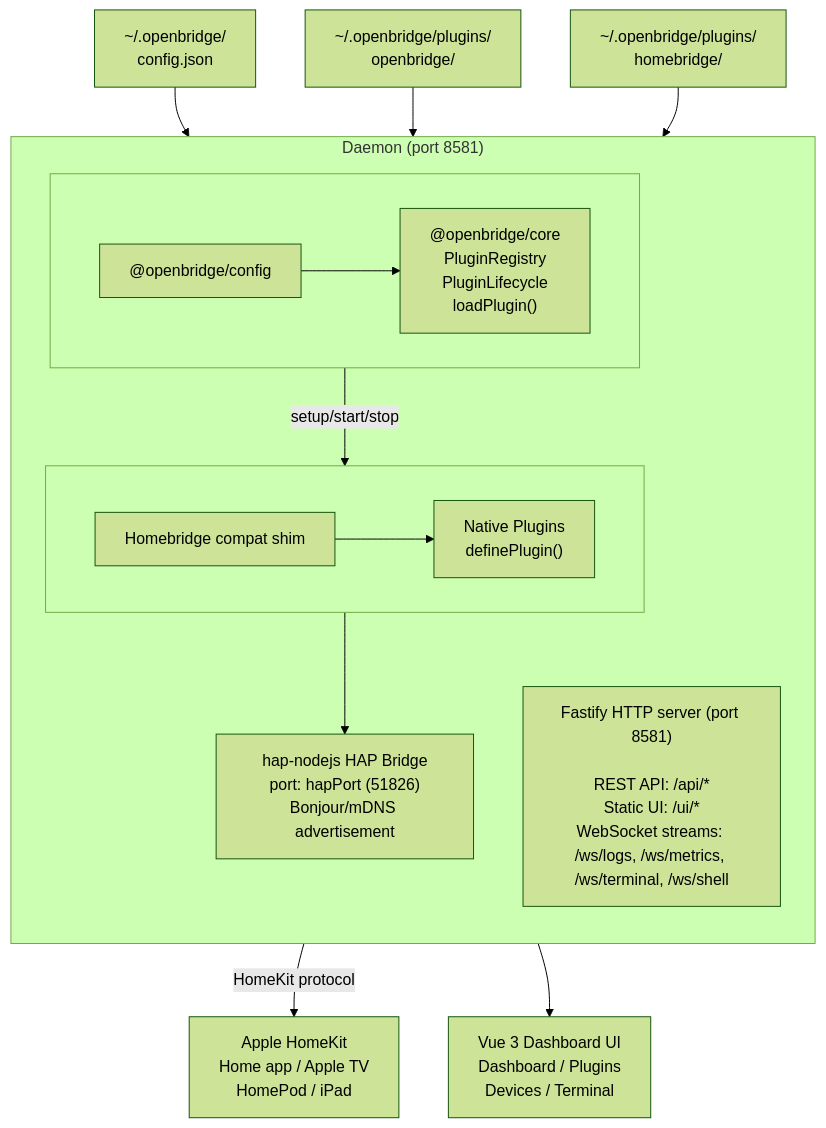
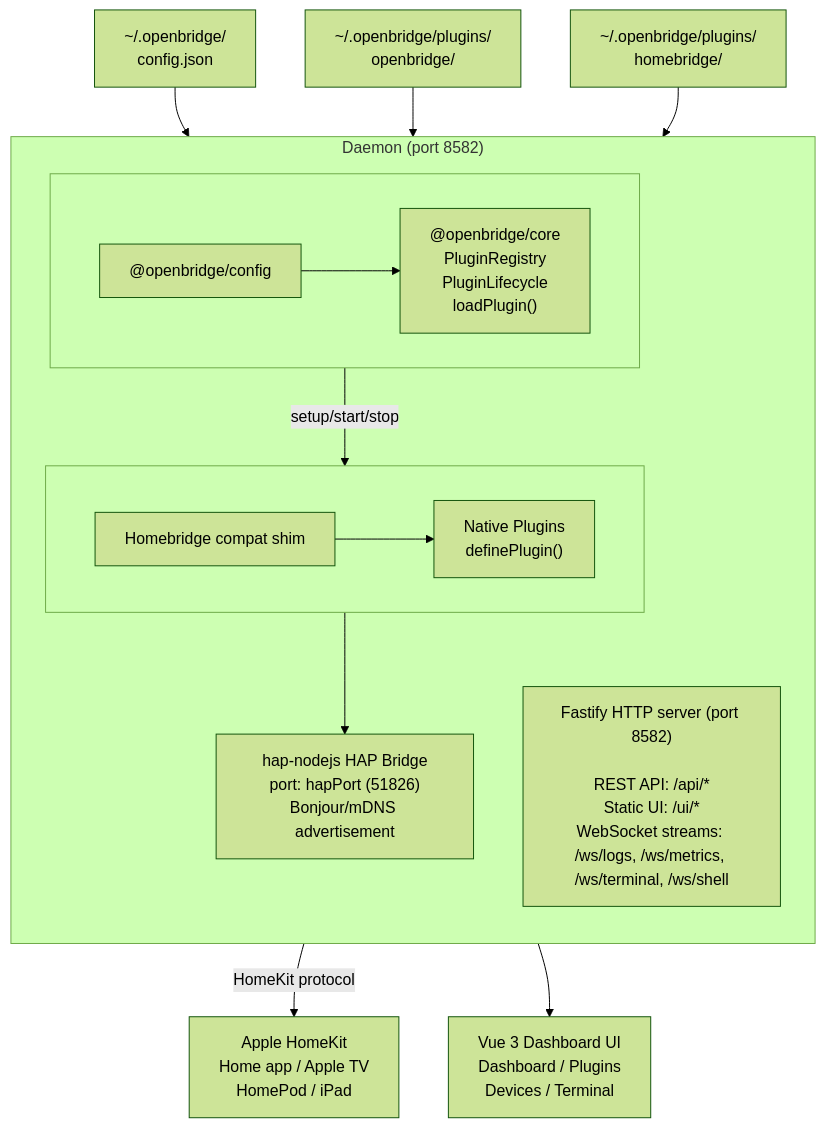
Before and after one commit to nubisco/openbridge: the diagram in apps/docs/docs/guide/architecture.md, drawn with Mermaid (forest theme). The commit also changed 16 other files, not shown here.

````diff
--- a/apps/docs/docs/guide/architecture.md
+++ b/apps/docs/docs/guide/architecture.md
@@ -9,38 +9,38 @@
 ```mermaid
 flowchart TB
   configFile["~/.openbridge/<br/>config.json"]
   pluginsOpenbridge["~/.openbridge/plugins/<br/>openbridge/"]
   pluginsHomebridge["~/.openbridge/plugins/<br/>homebridge/"]
 
-  subgraph daemon["Daemon (port 8581)"]
+  subgraph daemon["Daemon (port 8582)"]
     direction TB
 
     subgraph daemonCoreRow[" "]
       direction LR
       cfg["@openbridge/config"]
       core["@openbridge/core<br/>PluginRegistry<br/>PluginLifecycle<br/>loadPlugin()"]
     end
 
     subgraph daemonPluginRow[" "]
       direction LR
       shim["Homebridge compat shim"]
       native["Native Plugins<br/>definePlugin()"]
     end
 
     hap["hap-nodejs HAP Bridge<br/>port: hapPort (51826)<br/>Bonjour/mDNS advertisement"]
-    http["Fastify HTTP server (port 8581)<br/><br/>REST API: /api/*<br/>Static UI: /ui/*<br/>WebSocket streams: /ws/logs, /ws/metrics, /ws/terminal, /ws/shell"]
+    http["Fastify HTTP server (port 8582)<br/><br/>REST API: /api/*<br/>Static UI: /ui/*<br/>WebSocket streams: /ws/logs, /ws/metrics, /ws/terminal, /ws/shell"]
   end
 
   homekit["Apple HomeKit<br/>Home app / Apple TV<br/>HomePod / iPad"]
   ui["Vue 3 Dashboard UI<br/>Dashboard / Plugins<br/>Devices / Terminal"]
 
   configFile --> cfg
   cfg --> core
   pluginsOpenbridge --> core
   pluginsHomebridge --> shim
   shim --> native
   core -->|setup/start/stop| native
   native --> hap
   hap -->|HomeKit protocol| homekit
   http --> ui
 ```
````
